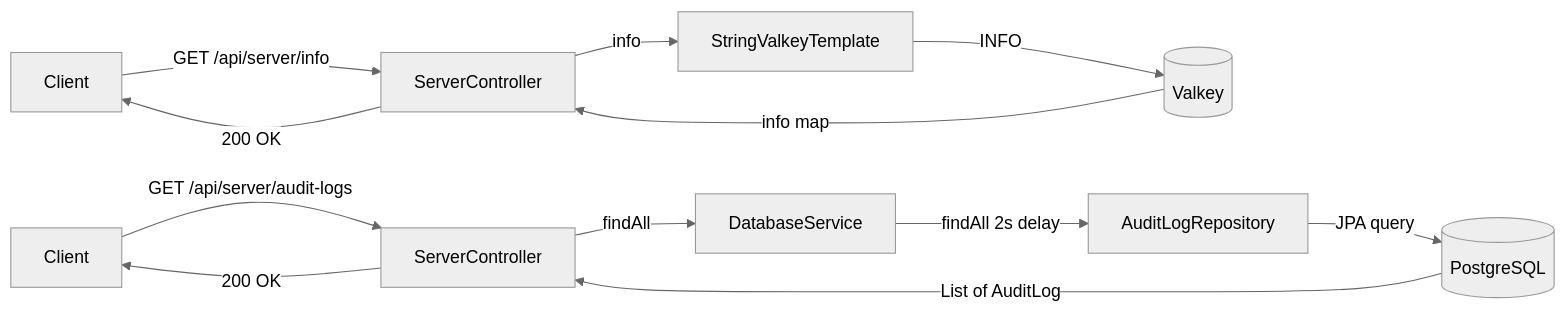
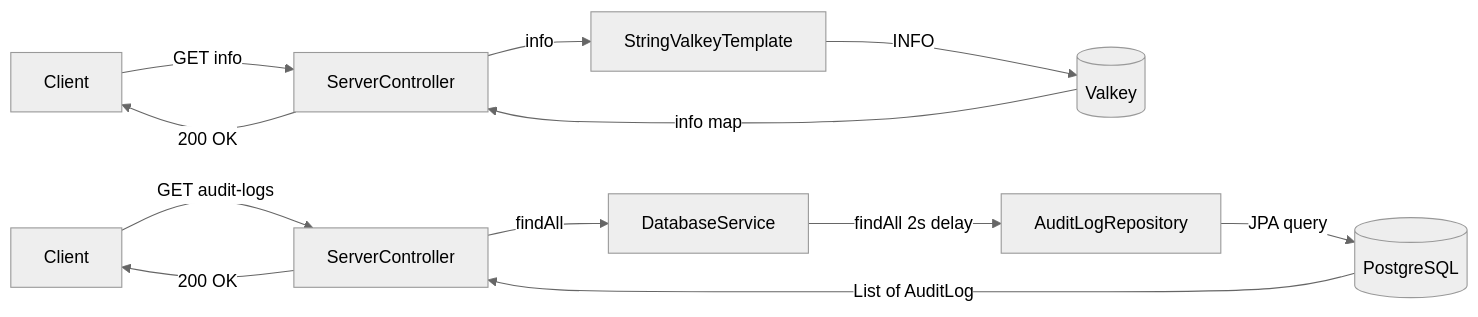
Diagram 14 of 15 in README.md (sawmikcuet19/valkey-springboot), drawn with Mermaid (neutral theme) before and after one commit. The commit also changed other lines of this file, not shown here.

First line of the commit message:
fix: Mermaid flowcharts - escape curly braces in edge labels

````diff
--- a/README.md
+++ b/README.md
@@ -524,15 +524,15 @@
 ```mermaid
 flowchart LR
-    A[Client] -->|GET /api/server/info| B[ServerController]
+    A[Client] -->|GET info| B[ServerController]
     B -->|info| C[StringValkeyTemplate]
     C -->|INFO| D[(Valkey)]
     D -->|info map| B
     B -->|200 OK| A
 
-    A2[Client] -->|GET /api/server/audit-logs| B2[ServerController]
+    A2[Client] -->|GET audit-logs| B2[ServerController]
     B2 -->|findAll| E[DatabaseService]
     E -->|findAll 2s delay| F[AuditLogRepository]
     F -->|JPA query| G[(PostgreSQL)]
     G -->|List of AuditLog| B2
     B2 -->|200 OK| A2
 ```
````
